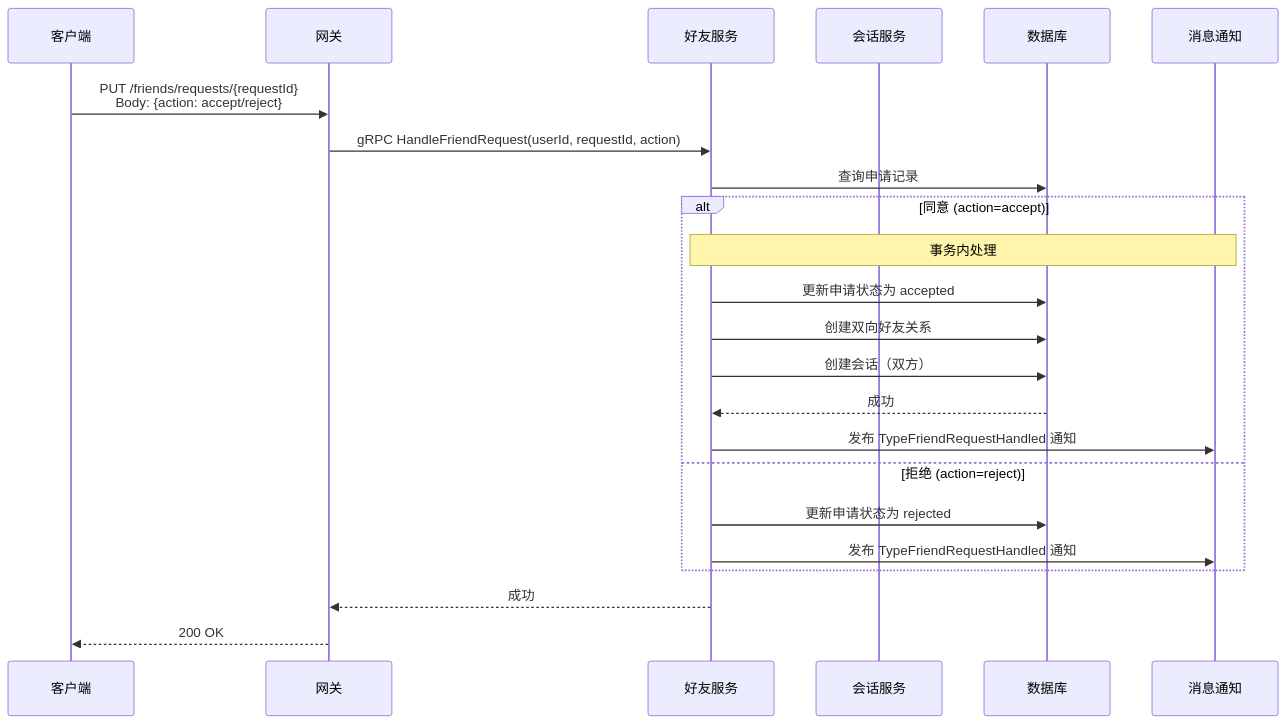
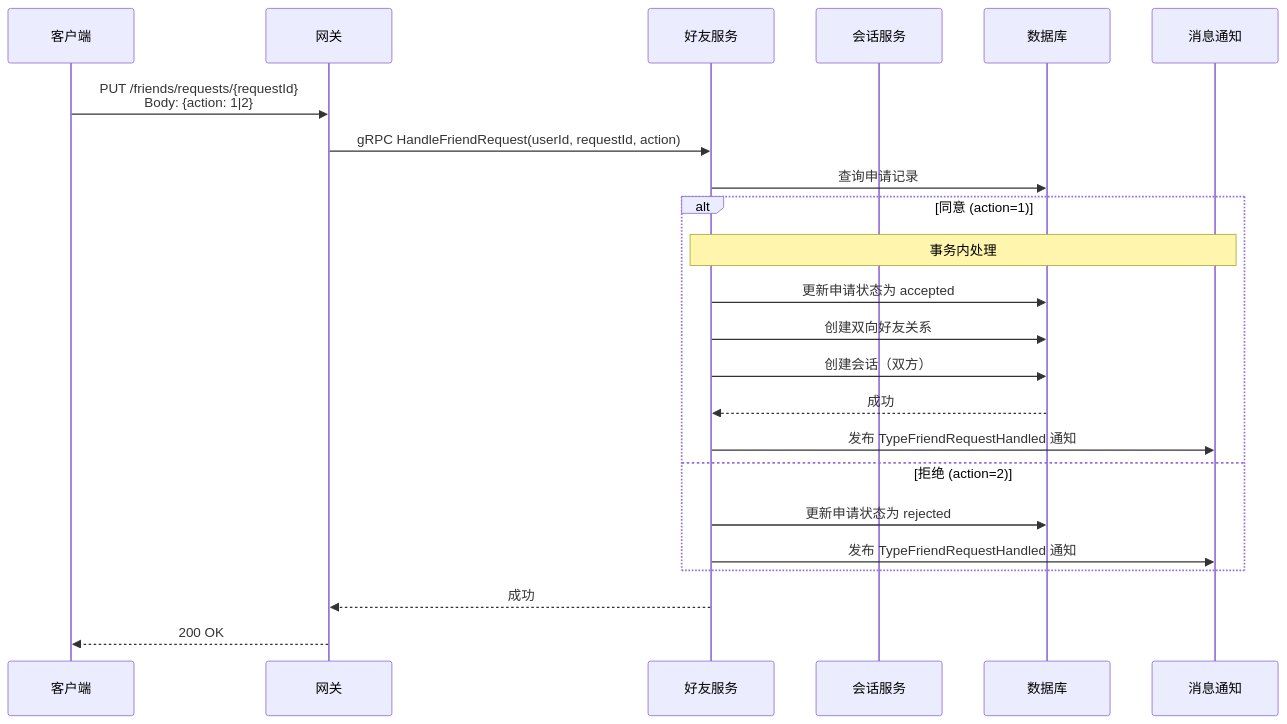
Before and after one commit to anychat-im/anychat-server: the second of 3 diagrams in docs/design/friend/request.md, drawn with Mermaid. The commit also changed other lines of this file and 143 other files, not shown here.

````diff
--- a/docs/design/friend/request.md
+++ b/docs/design/friend/request.md
@@ -139,29 +139,29 @@
 ```mermaid
 sequenceDiagram
     participant Client as 客户端
     participant Gateway as 网关
     participant FriendService as 好友服务
     participant ConversationService as 会话服务
     participant DB as 数据库
     participant NATS as 消息通知
 
-    Client->>Gateway: PUT /friends/requests/{requestId}<br/>Body: {action: accept/reject}
+    Client->>Gateway: PUT /friends/requests/{requestId}<br/>Body: {action: 1|2}
     Gateway->>FriendService: gRPC HandleFriendRequest(userId, requestId, action)
 
     FriendService->>DB: 查询申请记录
-    alt 同意 (action=accept)
+    alt 同意 (action=1)
         Note over FriendService,NATS: 事务内处理
         FriendService->>DB: 更新申请状态为 accepted
         FriendService->>DB: 创建双向好友关系
         FriendService->>DB: 创建会话（双方）
         DB-->>FriendService: 成功
 
         FriendService->>NATS: 发布 TypeFriendRequestHandled 通知
-    else 拒绝 (action=reject)
+    else 拒绝 (action=2)
         FriendService->>DB: 更新申请状态为 rejected
         FriendService->>NATS: 发布 TypeFriendRequestHandled 通知
     end
 
     FriendService-->>Gateway: 成功
     Gateway-->>Client: 200 OK
 ```
````
